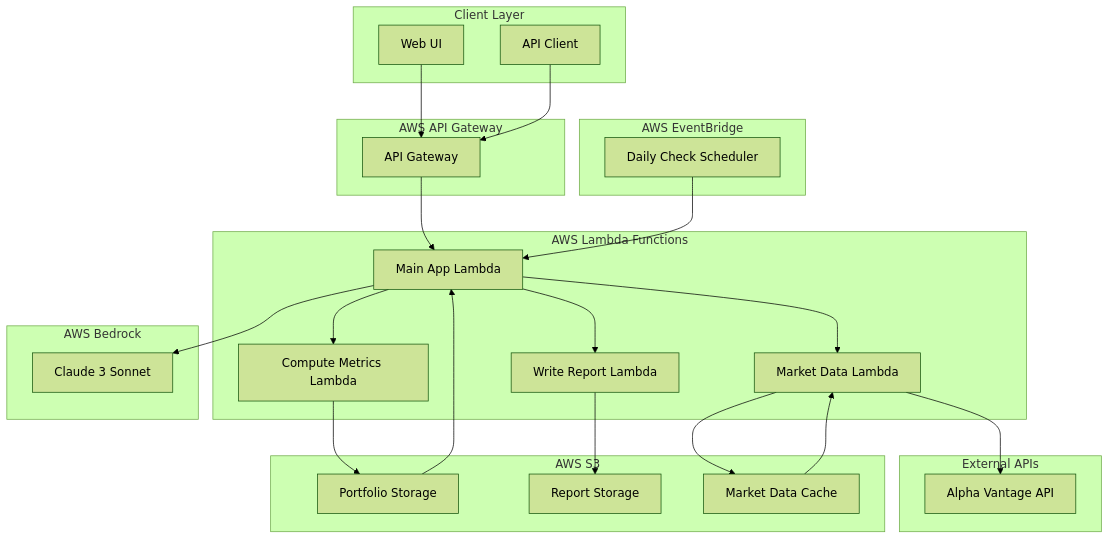
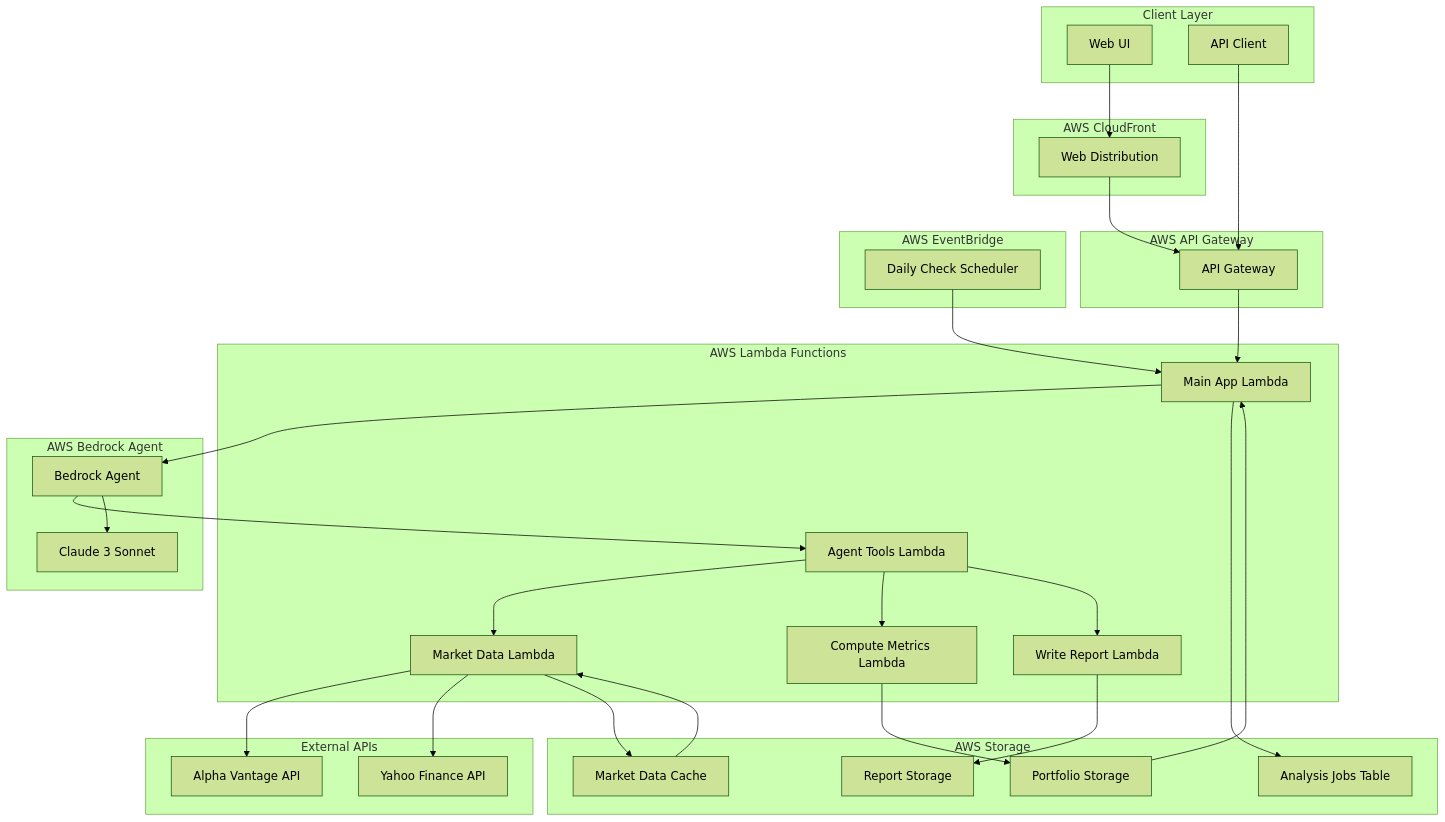
The diagram in architecture.md (Takedaxz/FinMate), drawn with Mermaid (forest theme) before and after one commit. The commit also changed other lines of this file and 11 other files, not shown here.

````diff
--- a/architecture.md
+++ b/architecture.md
@@ -7,56 +7,70 @@
 ```mermaid
 graph TB
     subgraph "Client Layer"
         UI[Web UI]
         API_CLIENT[API Client]
     end
     
     subgraph "AWS API Gateway"
         GW[API Gateway]
     end
     
     subgraph "AWS Lambda Functions"
         APP[Main App Lambda]
+        AGENT_TOOLS[Agent Tools Lambda]
         MARKET[Market Data Lambda]
         METRICS[Compute Metrics Lambda]
         REPORT[Write Report Lambda]
     end
     
-    subgraph "AWS Bedrock"
-        BEDROCK[Claude 3 Sonnet]
+    subgraph "AWS Bedrock Agent"
+        BEDROCK_AGENT[Bedrock Agent]
+        CLAUDE[Claude 3 Sonnet]
     end
     
-    subgraph "AWS S3"
-        PORTFOLIOS[Portfolio Storage]
-        REPORTS[Report Storage]
-        CACHE[Market Data Cache]
+    subgraph "AWS Storage"
+        S3_PORTFOLIOS[Portfolio Storage]
+        S3_REPORTS[Report Storage]
+        S3_CACHE[Market Data Cache]
+        DYNAMO[Analysis Jobs Table]
     end
     
     subgraph "External APIs"
         ALPHA[Alpha Vantage API]
+        YAHOO[Yahoo Finance API]
     end
     
     subgraph "AWS EventBridge"
         SCHEDULER[Daily Check Scheduler]
     end
     
-    UI --> GW
+    subgraph "AWS CloudFront"
+        CDN[Web Distribution]
+    end
+    
+    UI --> CDN
+    CDN --> GW
     API_CLIENT --> GW
     GW --> APP
     
-    APP --> MARKET
-    APP --> METRICS
-    APP --> REPORT
-    APP --> BEDROCK
+    APP --> BEDROCK_AGENT
+    BEDROCK_AGENT --> AGENT_TOOLS
+    BEDROCK_AGENT --> CLAUDE
+    
+    AGENT_TOOLS --> MARKET
+    AGENT_TOOLS --> METRICS
+    AGENT_TOOLS --> REPORT
     
     MARKET --> ALPHA
-    MARKET --> CACHE
+    MARKET --> YAHOO
+    MARKET --> S3_CACHE
     
-    METRICS --> PORTFOLIOS
-    REPORT --> REPORTS
+    METRICS --> S3_PORTFOLIOS
+    REPORT --> S3_REPORTS
     
+    APP --> DYNAMO
     SCHEDULER --> APP
     
-    PORTFOLIOS --> APP
-    CACHE --> MARKET
+    S3_PORTFOLIOS --> APP
+    S3_CACHE --> MARKET
 ```
````
